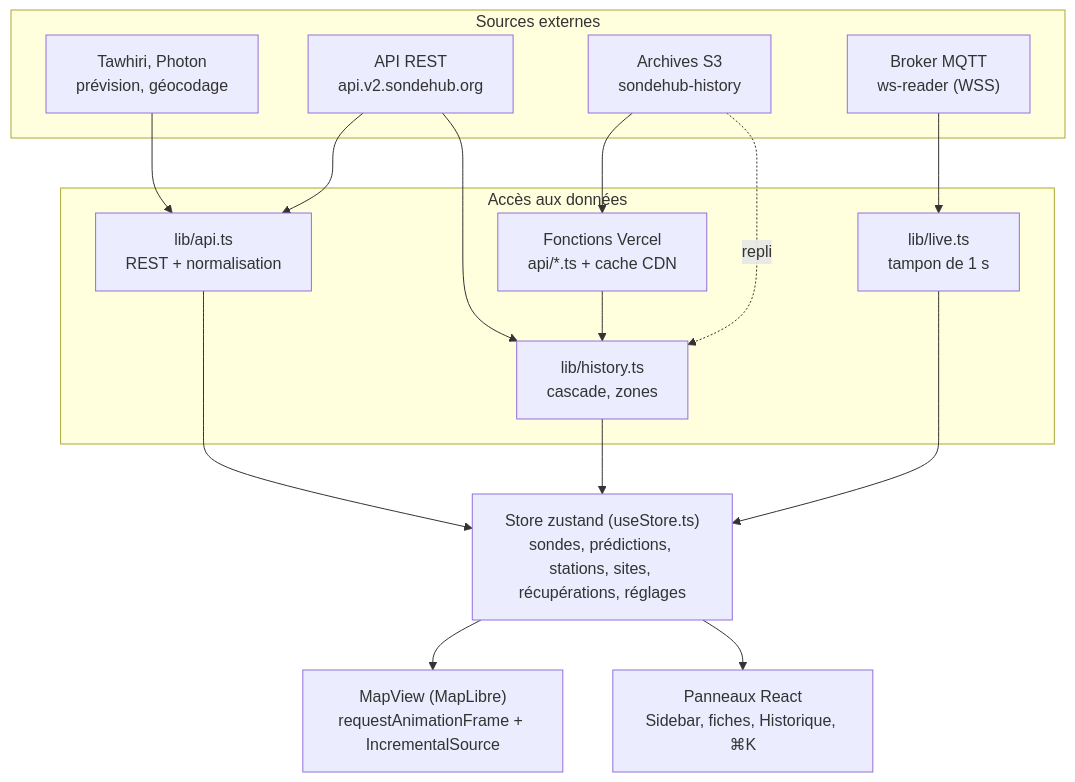
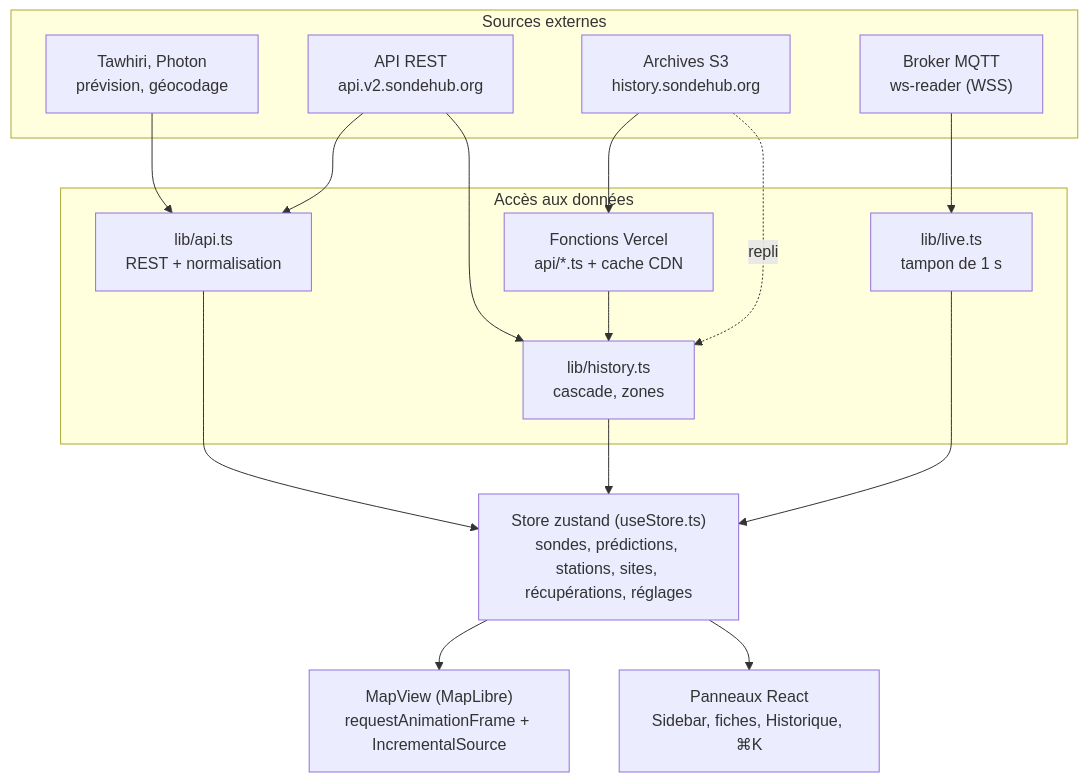
One commit to Miisterone/sondehubv2 changed the first of 4 diagrams in docs/architecture.md. Above: the diagram before and after it, drawn with Mermaid. The commit also changed other lines of this file and 4 other files, not shown here.

````diff
--- a/docs/architecture.md
+++ b/docs/architecture.md
@@ -17,31 +17,31 @@
 ```mermaid
 flowchart TB
     subgraph SRC[Sources externes]
         TAW["Tawhiri, Photon<br/>prévision, géocodage"]
         REST["API REST<br/>api.v2.sondehub.org"]
-        S3["Archives S3<br/>sondehub-history"]
+        S3["Archives S3<br/>history.sondehub.org"]
         MQTT["Broker MQTT<br/>ws-reader (WSS)"]
     end
     subgraph LIB[Accès aux données]
         API["lib/api.ts<br/>REST + normalisation"]
         HIST["lib/history.ts<br/>cascade, zones"]
         FN["Fonctions Vercel<br/>api/*.ts + cache CDN"]
         LIVE["lib/live.ts<br/>tampon de 1 s"]
     end
     STORE["Store zustand (useStore.ts)<br/>sondes, prédictions, stations, sites, récupérations, réglages"]
     MAP["MapView (MapLibre)<br/>requestAnimationFrame + IncrementalSource"]
     UI["Panneaux React<br/>Sidebar, fiches, Historique, ⌘K"]
 
     TAW --> API
     REST --> API
     REST --> HIST
     S3 --> FN
     FN --> HIST
     S3 -. repli .-> HIST
     MQTT --> LIVE
     API --> STORE
     HIST --> STORE
     LIVE --> STORE
     STORE --> MAP
     STORE --> UI
 ```
````
